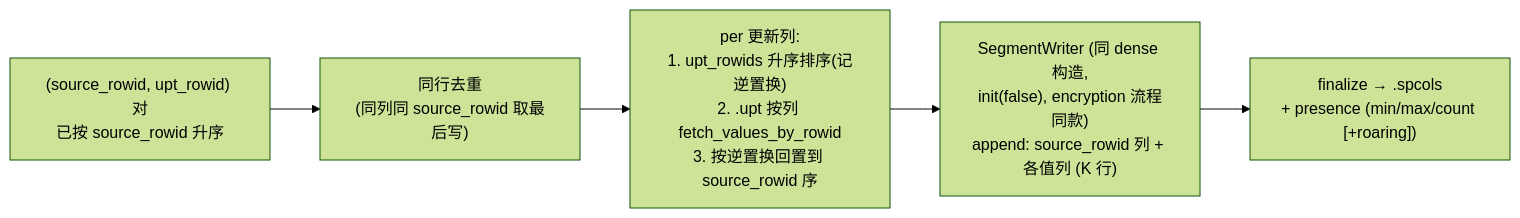
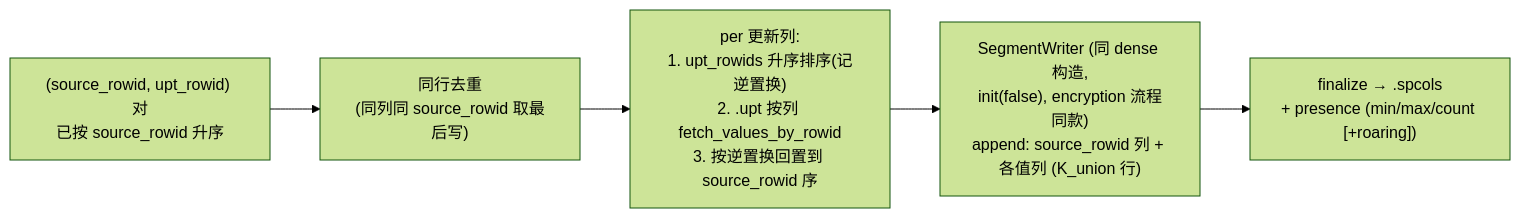
Before and after one commit to meegoo/starrocks: the second of 4 diagrams in handbook/plans/active/2026-06-01-partial-update-sdcg-design.md, drawn with Mermaid (forest theme). The commit also changed other lines of this file, not shown here.

````diff
--- a/handbook/plans/active/2026-06-01-partial-update-sdcg-design.md
+++ b/handbook/plans/active/2026-06-01-partial-update-sdcg-design.md
@@ -304,7 +327,7 @@
 ```mermaid
 flowchart LR
     A["(source_rowid, upt_rowid) 对<br/>已按 source_rowid 升序"] --> B["同行去重<br/>(同列同 source_rowid 取最后写)"]
     B --> C["per 更新列:<br/>1. upt_rowids 升序排序(记逆置换)<br/>2. .upt 按列 fetch_values_by_rowid<br/>3. 按逆置换回置到 source_rowid 序"]
-    C --> D["SegmentWriter (同 dense 构造,<br/>init(false), encryption 流程同款)<br/>append: source_rowid 列 + 各值列 (K 行)"]
+    C --> D["SegmentWriter (同 dense 构造,<br/>init(false), encryption 流程同款)<br/>append: source_rowid 列 + 各值列 (K_union 行)"]
     D --> E["finalize → .spcols<br/>+ presence (min/max/count [+roaring])"]
 ```
````
